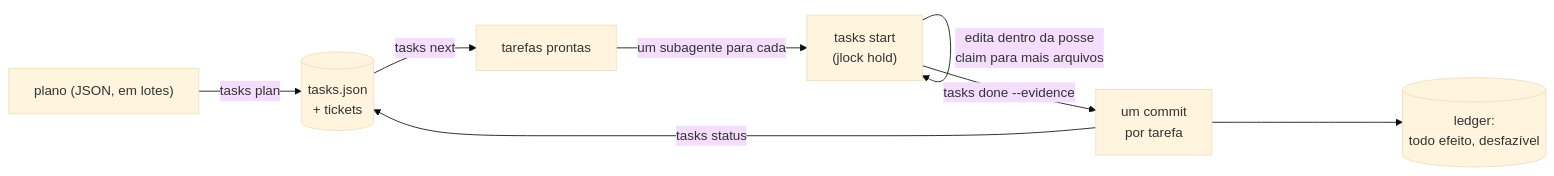
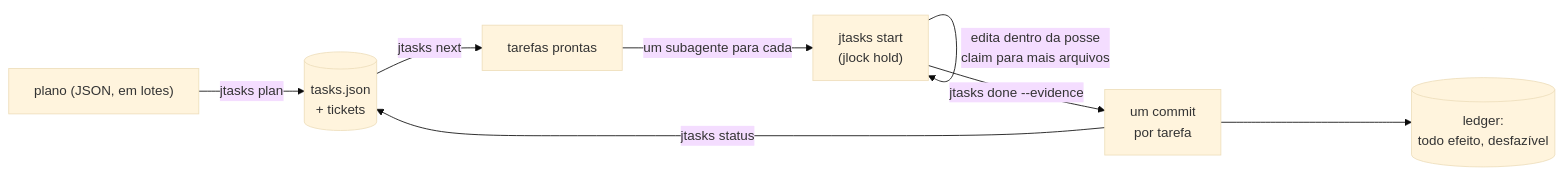
Before and after one commit to rodrigojager/jtasks: the diagram in README.pt-BR.md, drawn with Mermaid (base theme). The commit also changed other lines of this file and 98 other files, not shown here.

````diff
--- a/README.pt-BR.md
+++ b/README.pt-BR.md
@@ -39,10 +39,10 @@
 ```mermaid
 flowchart LR
-  plan["plano (JSON, em lotes)"] -->|tasks plan| list[("tasks.json\n+ tickets")]
-  list -->|tasks next| ready["tarefas prontas"]
-  ready -->|um subagente para cada| work["tasks start\n(jlock hold)"]
+  plan["plano (JSON, em lotes)"] -->|jtasks plan| list[("tasks.json\n+ tickets")]
+  list -->|jtasks next| ready["tarefas prontas"]
+  ready -->|um subagente para cada| work["jtasks start\n(jlock hold)"]
   work -->|edita dentro da posse\nclaim para mais arquivos| work
-  work -->|tasks done --evidence| commit["um commit\npor tarefa"]
+  work -->|jtasks done --evidence| commit["um commit\npor tarefa"]
   commit --> ledger[("ledger:\ntodo efeito, desfazível")]
-  commit -->|tasks status| list
+  commit -->|jtasks status| list
 ```
````
